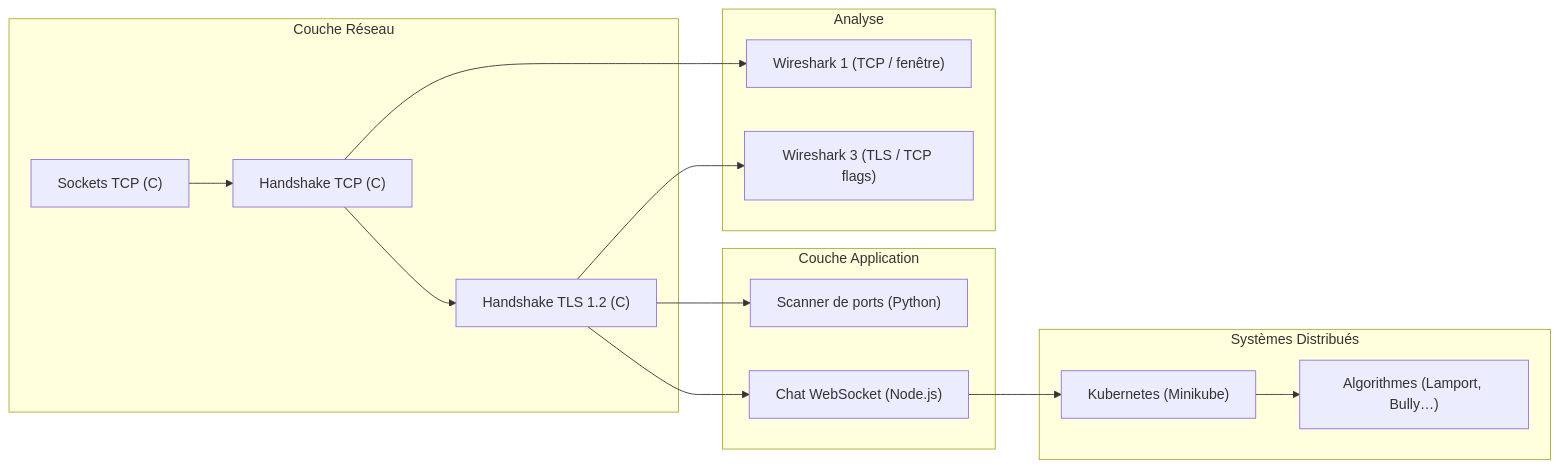
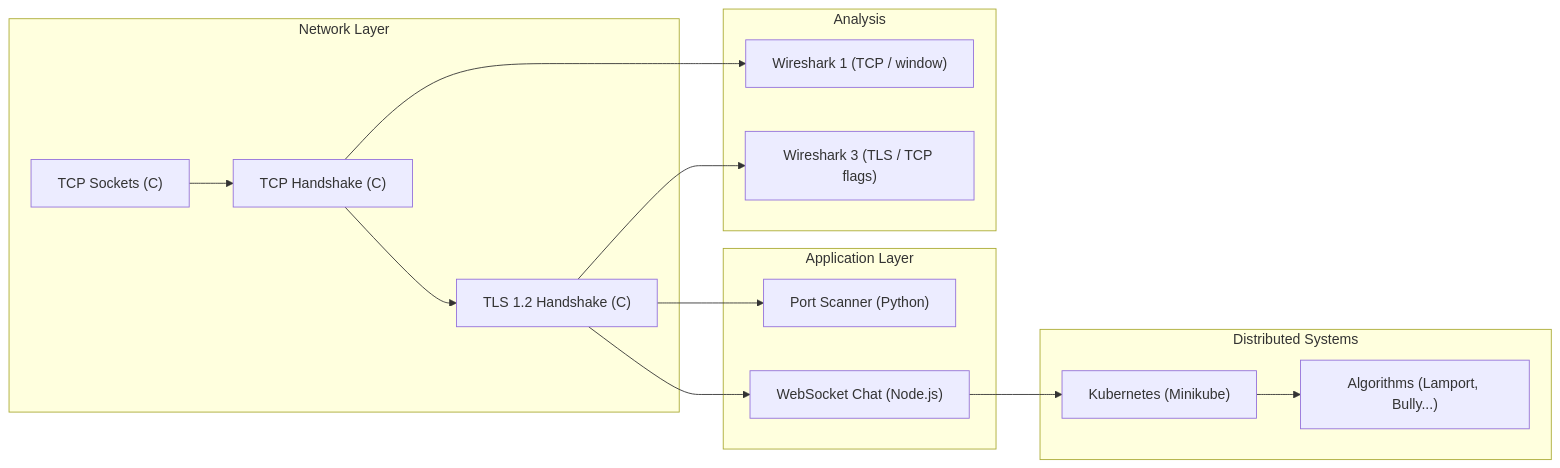
Before and after one commit to Giremuu/iia_techno-distrib: the second of 6 diagrams in README.md, drawn with Mermaid. The commit also changed other lines of this file, not shown here.

````diff
--- a/README.md
+++ b/README.md
@@ -29,31 +30,27 @@
 ```mermaid
 flowchart LR
-    subgraph Couche Réseau
-        A["Sockets TCP (C)"]
-        B["Handshake TCP (C)"]
-        C["Handshake TLS 1.2 (C)"]
+    subgraph Network Layer
+        A["TCP Sockets (C)"]
+        B["TCP Handshake (C)"]
+        C["TLS 1.2 Handshake (C)"]
         A --> B --> C
     end
-
-    subgraph Couche Application
-        D["Scanner de ports (Python)"]
-        E["Chat WebSocket (Node.js)"]
+    subgraph Application Layer
+        D["Port Scanner (Python)"]
+        E["WebSocket Chat (Node.js)"]
     end
-
-    subgraph Systèmes Distribués
+    subgraph Distributed Systems
         F["Kubernetes (Minikube)"]
-        I["Algorithmes (Lamport, Bully…)"]
+        I["Algorithms (Lamport, Bully...)"]
     end
-
-    subgraph Analyse
-        G["Wireshark 1 (TCP / fenêtre)"]
+    subgraph Analysis
+        G["Wireshark 1 (TCP / window)"]
         H["Wireshark 3 (TLS / TCP flags)"]
     end
-
     C --> D
     C --> E
     E --> F
     F --> I
     B --> G
     C --> H
 ```
````
